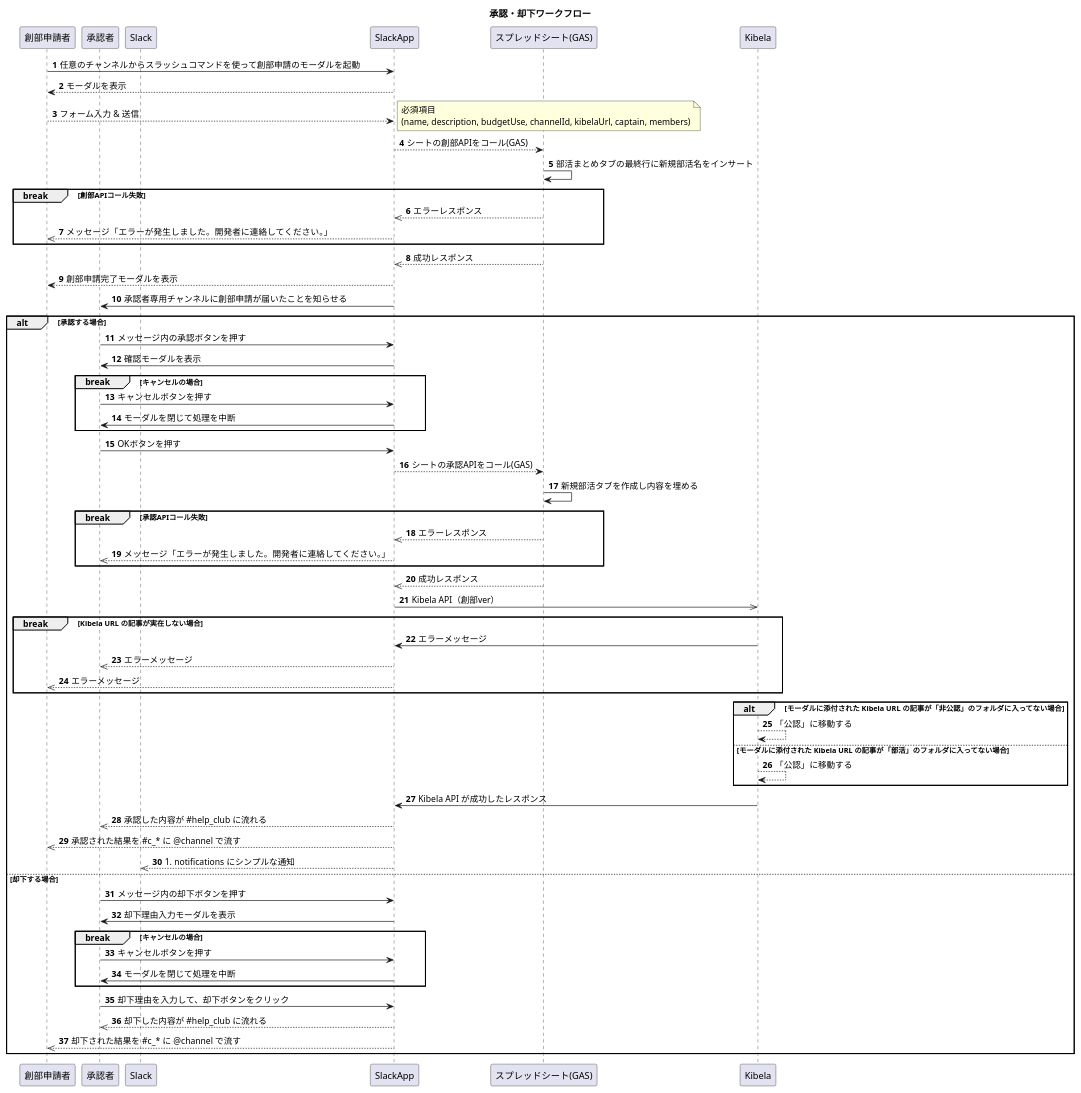
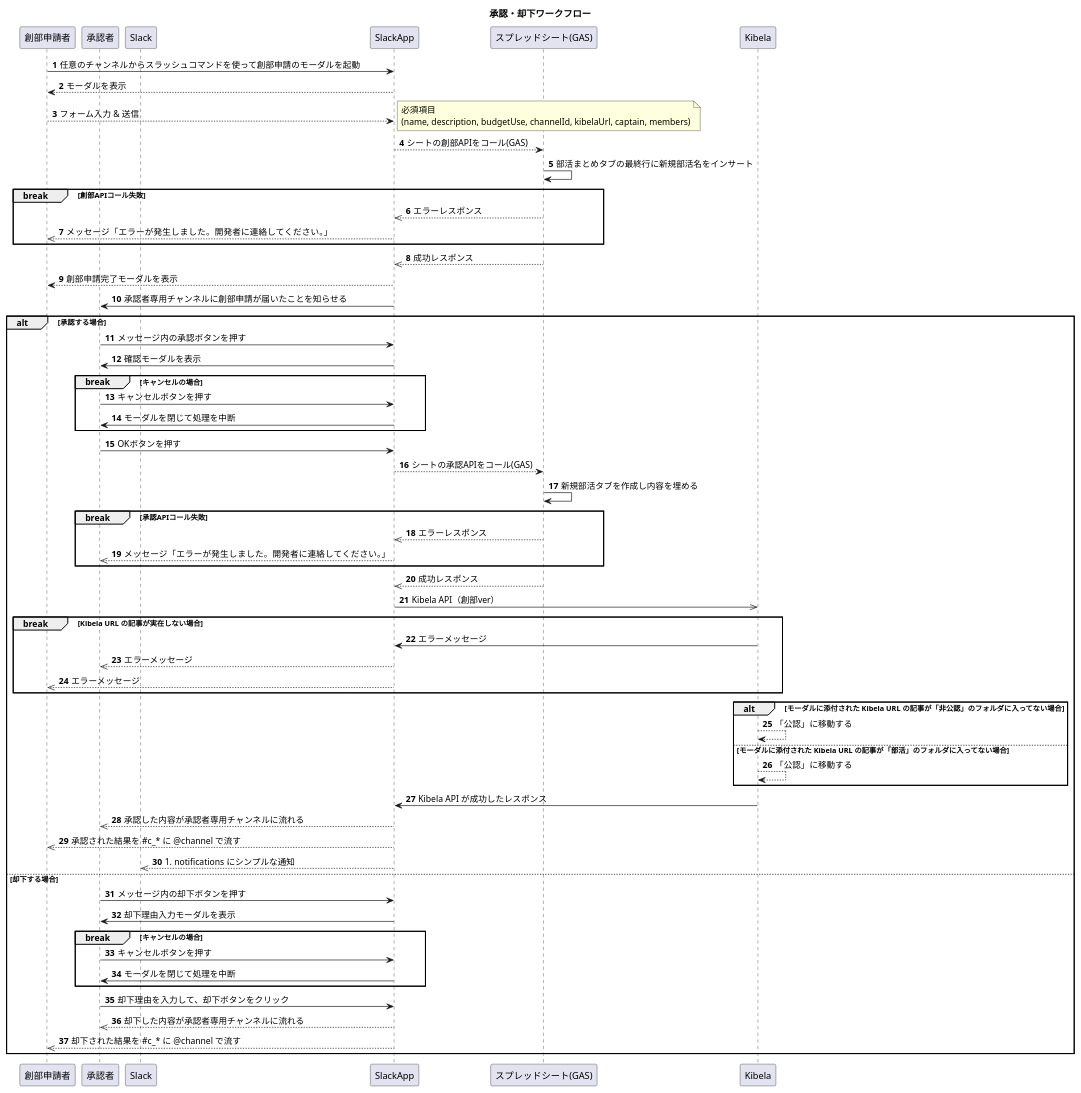
The diagram in docs/sequence-diagram/CreateClub.pu (tam-bourine/club-entry-manager), drawn with PlantUML before and after one commit.

Commit message:
docs: rename #help_club -> 承認者専用チャンネル

```diff
--- a/docs/sequence-diagram/CreateClub.pu
+++ b/docs/sequence-diagram/CreateClub.pu
@@ -1,84 +1,84 @@
 @startuml
 
 title 承認・却下ワークフロー
 
 autonumber
 participant 創部申請者 as captain
 participant 承認者 as auth
 participant Slack as slack
 participant SlackApp as slackapp
 participant "スプレッドシート(GAS)" as sheet
 participant Kibela as kibela
 
 captain -> slackapp: 任意のチャンネルからスラッシュコマンドを使って創部申請のモーダルを起動
 slackapp --> captain: モーダルを表示
 captain --> slackapp: フォーム入力 & 送信
 note right: 必須項目\n(name, description, budgetUse, channelId, kibelaUrl, captain, members)
 slackapp --> sheet: シートの創部APIをコール(GAS)
 sheet -> sheet: 部活まとめタブの最終行に新規部活名をインサート
 
 break 創部APIコール失敗
     sheet -->> slackapp: エラーレスポンス
     slackapp -->> captain: メッセージ「エラーが発生しました。開発者に連絡してください。」
 end
 
 sheet -->> slackapp: 成功レスポンス
 
 slackapp --> captain: 創部申請完了モーダルを表示
 slackapp -> auth: 承認者専用チャンネルに創部申請が届いたことを知らせる
 
 alt 承認する場合
     auth -> slackapp: メッセージ内の承認ボタンを押す
     slackapp -> auth: 確認モーダルを表示
 
     break キャンセルの場合
         auth -> slackapp: キャンセルボタンを押す
         slackapp -> auth: モーダルを閉じて処理を中断
     end
 
     auth -> slackapp: OKボタンを押す
 
     slackapp --> sheet: シートの承認APIをコール(GAS)
     sheet -> sheet: 新規部活タブを作成し内容を埋める
 
     break 承認APIコール失敗
         sheet -->> slackapp: エラーレスポンス
         slackapp -->> auth: メッセージ「エラーが発生しました。開発者に連絡してください。」
     end
 
     sheet -->> slackapp: 成功レスポンス
     slackapp ->> kibela: Kibela API（創部ver）
 
     break Kibela URL の記事が実在しない場合
         kibela -> slackapp: エラーメッセージ
         slackapp -->> auth: エラーメッセージ
         slackapp -->> captain: エラーメッセージ
     end
 
     alt モーダルに添付された Kibela URL の記事が「非公認」のフォルダに入ってない場合
         kibela --> kibela: 「公認」に移動する
     else モーダルに添付された Kibela URL の記事が「部活」のフォルダに入ってない場合
         kibela --> kibela: 「公認」に移動する
     end
 
     kibela -> slackapp: Kibela API が成功したレスポンス
-    slackapp -->> auth: 承認した内容が #help_club に流れる
+    slackapp -->> auth: 承認した内容が承認者専用チャンネルに流れる
     slackapp -->> captain: 承認された結果を #c_* に @channel で流す
     slackapp -->> slack: #notifications にシンプルな通知
 
 else 却下する場合
     auth -> slackapp: メッセージ内の却下ボタンを押す
     slackapp -> auth: 却下理由入力モーダルを表示
     
     break キャンセルの場合
         auth -> slackapp: キャンセルボタンを押す
         slackapp -> auth: モーダルを閉じて処理を中断
     end
 
     auth -> slackapp: 却下理由を入力して、却下ボタンをクリック
 
-    slackapp -->> auth: 却下した内容が #help_club に流れる
+    slackapp -->> auth: 却下した内容が承認者専用チャンネルに流れる
     slackapp -->> captain: 却下された結果を #c_* に @channel で流す
 end
 
 @enduml
```
